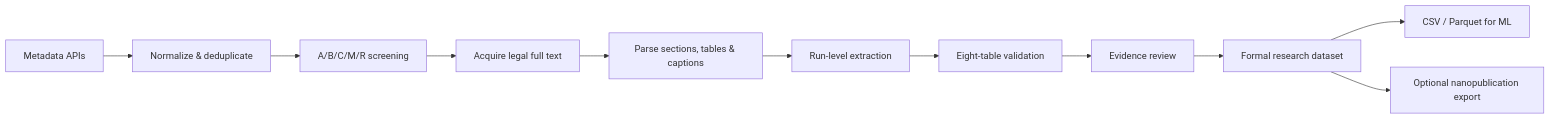
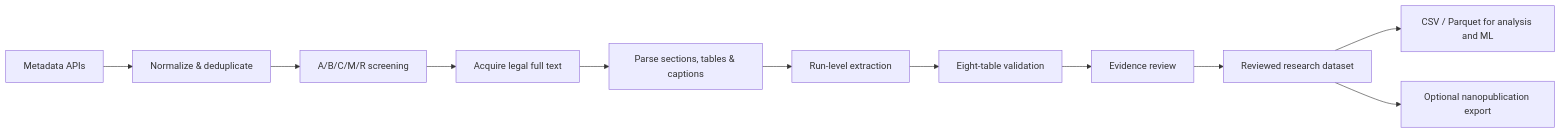
Before and after one commit to edwardwwwy/CNT-PatSight: the third of 3 diagrams in README.md, drawn with Mermaid. The commit also changed other lines of this file and 186 other files, not shown here.

````diff
--- a/README.md
+++ b/README.md
@@ -47,13 +261,13 @@
 ```mermaid
 flowchart LR
     A[Metadata APIs] --> B[Normalize & deduplicate]
     B --> C[A/B/C/M/R screening]
     C --> D[Acquire legal full text]
     D --> E[Parse sections, tables & captions]
     E --> F[Run-level extraction]
     F --> G[Eight-table validation]
     G --> H[Evidence review]
-    H --> I[Formal research dataset]
-    I --> J[CSV / Parquet for ML]
+    H --> I[Reviewed research dataset]
+    I --> J[CSV / Parquet for analysis and ML]
     I --> K[Optional nanopublication export]
 ```
````
